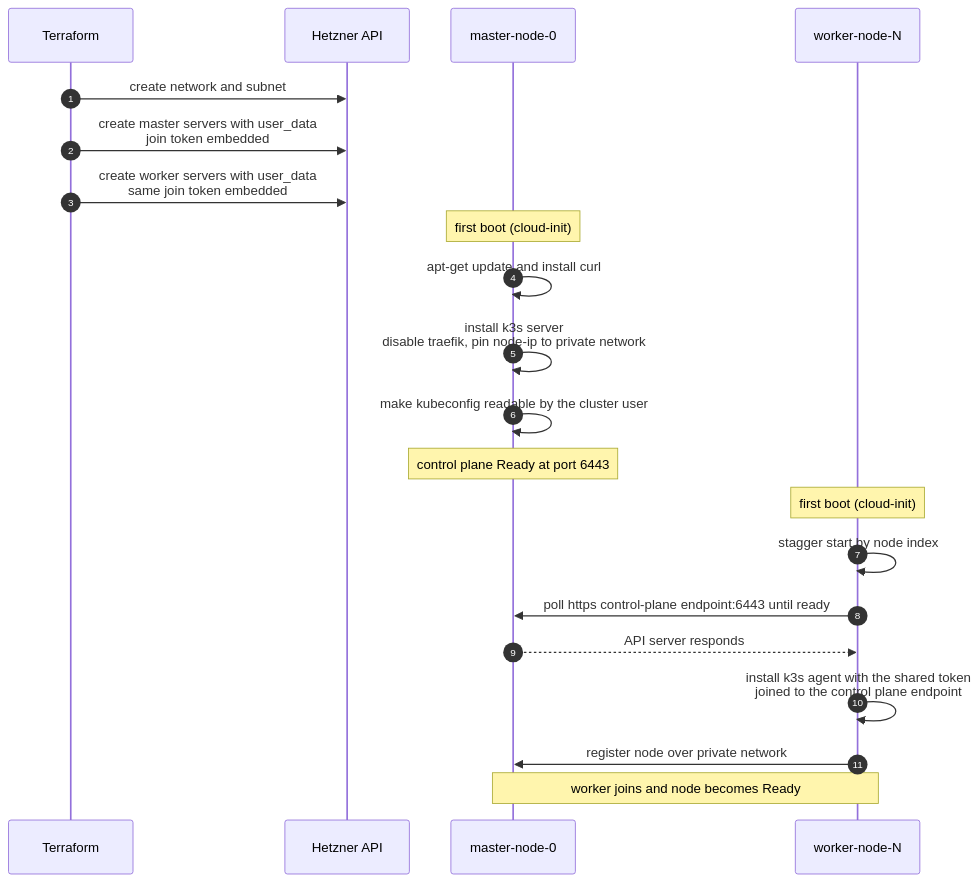
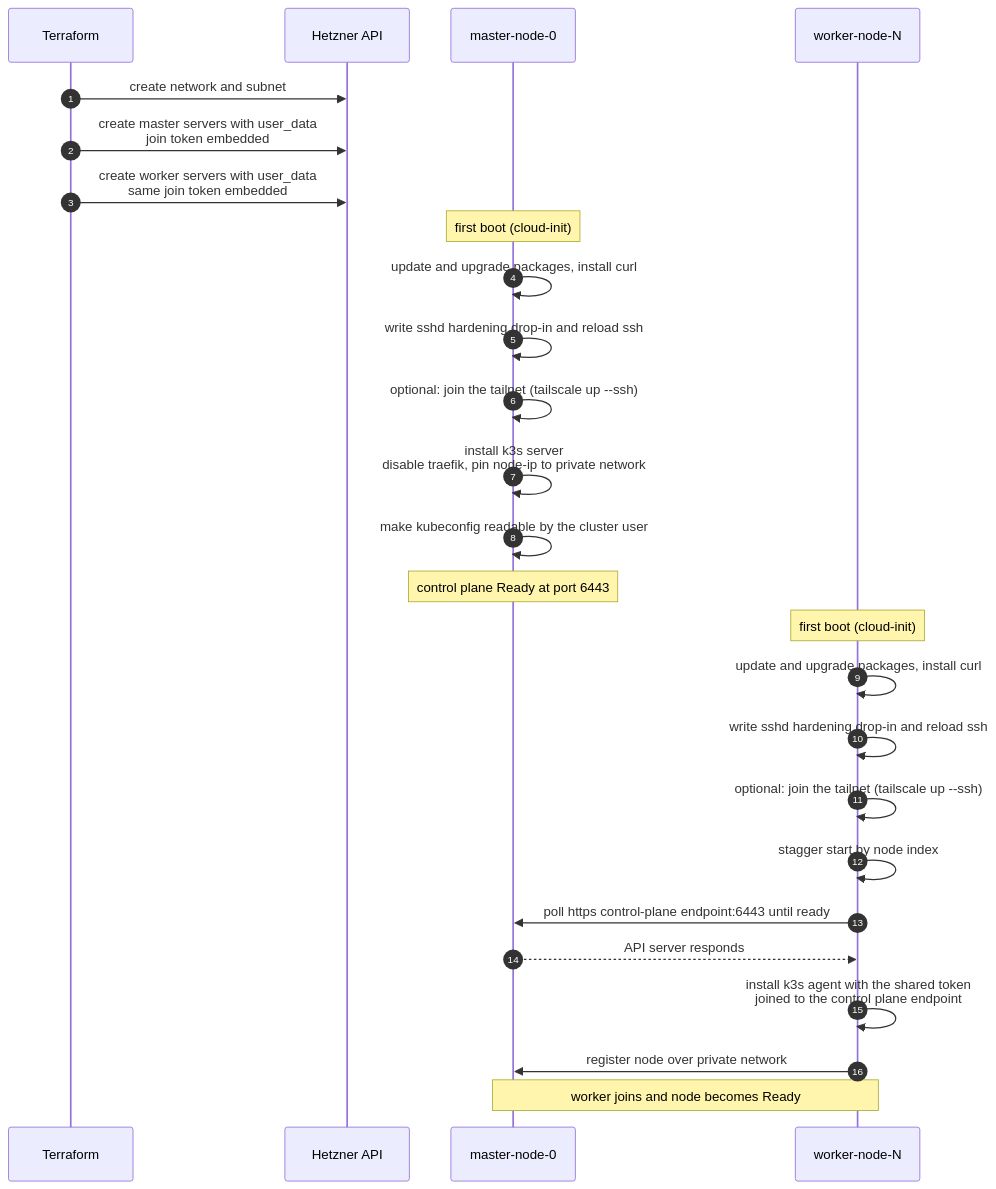
Before and after one commit to pawel150199/hcloud-k8s-cluster: the fourth of 6 diagrams in docs/02-architecture.md, drawn with Mermaid. The commit also changed other lines of this file and 12 other files, not shown here.

````diff
--- a/docs/02-architecture.md
+++ b/docs/02-architecture.md
@@ -129,26 +129,31 @@
 ```mermaid
 sequenceDiagram
   autonumber
   participant TF as Terraform
   participant HC as Hetzner API
   participant M as master-node-0
   participant W as worker-node-N
 
   TF->>HC: create network and subnet
   TF->>HC: create master servers with user_data<br/>join token embedded
   TF->>HC: create worker servers with user_data<br/>same join token embedded
 
   Note over M: first boot (cloud-init)
-  M->>M: apt-get update and install curl
+  M->>M: update and upgrade packages, install curl
+  M->>M: write sshd hardening drop-in and reload ssh
+  M->>M: optional: join the tailnet (tailscale up --ssh)
   M->>M: install k3s server<br/>disable traefik, pin node-ip to private network
   M->>M: make kubeconfig readable by the cluster user
   Note over M: control plane Ready at port 6443
 
   Note over W: first boot (cloud-init)
+  W->>W: update and upgrade packages, install curl
+  W->>W: write sshd hardening drop-in and reload ssh
+  W->>W: optional: join the tailnet (tailscale up --ssh)
   W->>W: stagger start by node index
   W->>M: poll https control-plane endpoint:6443 until ready
   M-->>W: API server responds
   W->>W: install k3s agent with the shared token<br/>joined to the control plane endpoint
   W->>M: register node over private network
   Note over M,W: worker joins and node becomes Ready
 ```
````
